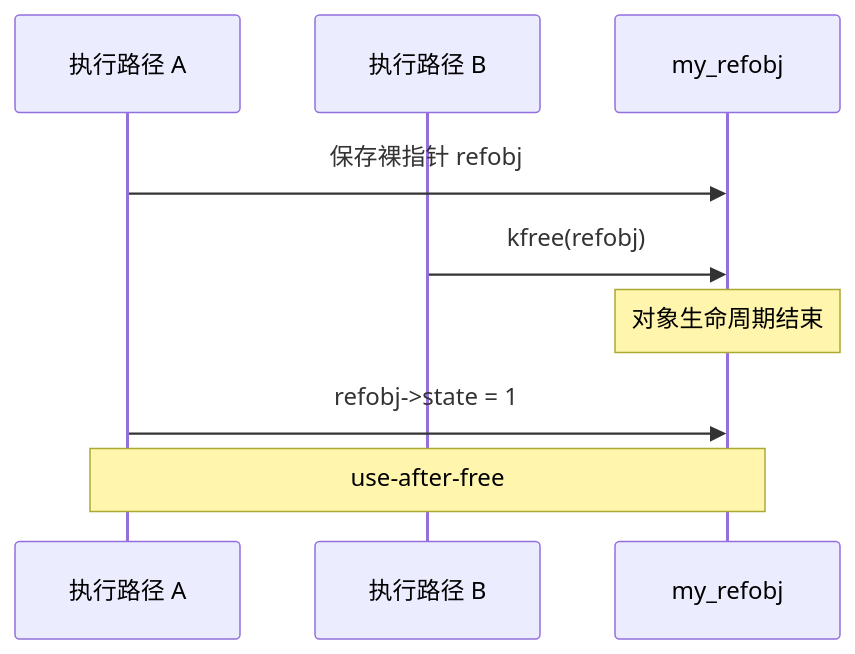
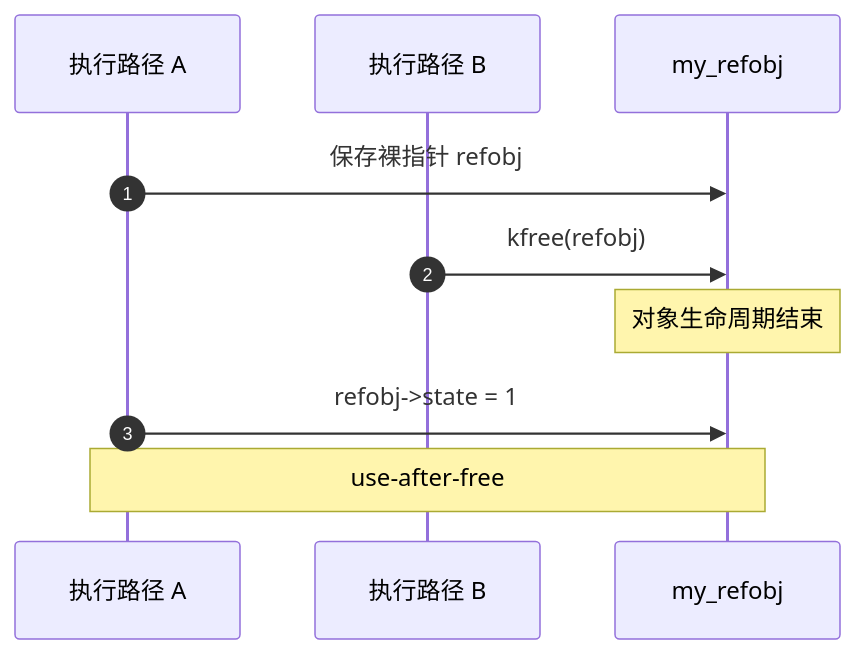
Before and after one commit to FormingSystem/linux_note: the first of 4 diagrams in knowledge/linux/object_lifetime/kref/P01_kref_要解决什么问题.md, drawn with Mermaid. The commit also changed other lines of this file and 12 other files, not shown here.

````diff
--- a/knowledge/linux/object_lifetime/kref/P01_kref_要解决什么问题.md
+++ b/knowledge/linux/object_lifetime/kref/P01_kref_要解决什么问题.md
@@ -177,12 +50,12 @@
 ```mermaid
 sequenceDiagram
-	participant A as 执行路径 A
-	participant B as 执行路径 B
-	participant O as my_refobj
-
-	A->>O: 保存裸指针 refobj
-	B->>O: kfree(refobj)
-	Note over O: 对象生命周期结束
-	A->>O: refobj->state = 1
-	Note over A,O: use-after-free
+    autonumber
+    participant A as 执行路径 A
+    participant B as 执行路径 B
+    participant O as my_refobj
+    A->>O: 保存裸指针 refobj
+    B->>O: kfree(refobj)
+    Note over O: 对象生命周期结束
+    A->>O: refobj->state = 1
+    Note over A,O: use-after-free
 ```
````
